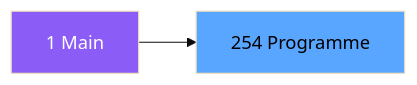
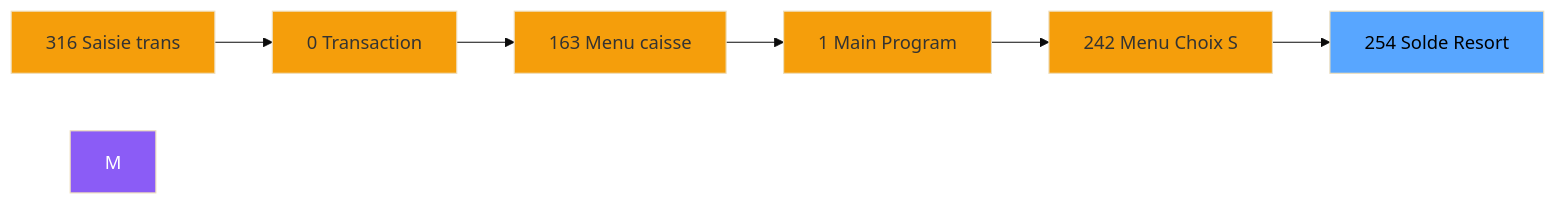
The second of 3 diagrams in .openspec/specs/ADH-IDE-254.md (thonyAGP/magic-migration), drawn with Mermaid (base theme) before and after one commit. The commit also changed other lines of this file and 323 other files, not shown here.

````diff
--- a/.openspec/specs/ADH-IDE-254.md
+++ b/.openspec/specs/ADH-IDE-254.md
@@ -98,8 +111,21 @@
 ```mermaid
 graph LR
-    M[1 Main]
-    T[254 Programme]
-    M --> T
+    N316[316 Saisie trans]
+    N0[0 Transaction ]
+    N163[163 Menu caisse ]
+    N1[1 Main Program]
+    N242[242 Menu Choix S]
+    T[254 Solde Resort]
+    N316 --> N0
+    N0 --> N163
+    N163 --> N1
+    N1 --> N242
+    N242 --> T
     style M fill:#8b5cf6,color:#fff
+    style N316 fill:#f59e0b
+    style N0 fill:#f59e0b
+    style N163 fill:#f59e0b
+    style N1 fill:#f59e0b
+    style N242 fill:#f59e0b
     style T fill:#58a6ff,color:#000
 ```
````
